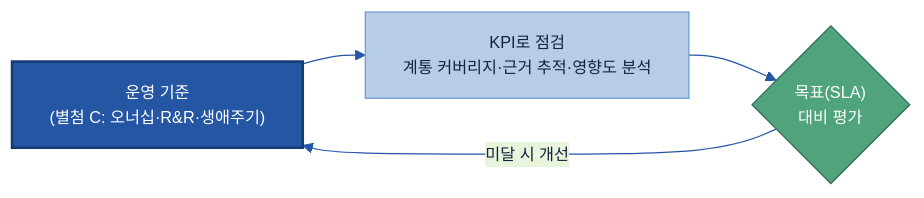
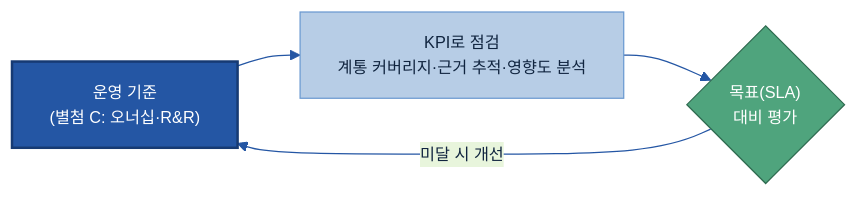
The fifth of 5 diagrams in 가이드 작성/C-3 데이터 계통 Lineage/C-3 데이터 계통 Lineage.md (jin-kearney/ai-ready-data-manual), drawn with Mermaid before and after one commit. The commit also changed other lines of this file and 3 other files, not shown here.

````diff
--- a/가이드 작성/C-3 데이터 계통 Lineage/C-3 데이터 계통 Lineage.md
+++ b/가이드 작성/C-3 데이터 계통 Lineage/C-3 데이터 계통 Lineage.md
@@ -420,11 +420,11 @@
 ```mermaid
 %%{init: {'theme':'base','themeVariables':{'primaryColor':'#DCE8F5','primaryBorderColor':'#2456A4','primaryTextColor':'#10243f','lineColor':'#2456A4','clusterBkg':'#EEF4FB','clusterBorder':'#6B9AD1','fontSize':'13px'}}}%%
 flowchart LR
-    STD["운영 기준<br/>(별첨 C: 오너십·R&R·생애주기)"]:::std
+    STD["운영 기준<br/>(별첨 C: 오너십·R&R)"]:::std
     K["KPI로 점검<br/>계통 커버리지·근거 추적·영향도 분석"]:::mid
     G{"목표(SLA)<br/>대비 평가"}:::gate
     STD --> K --> G -->|미달 시 개선| STD
     classDef std fill:#2456A4,color:#fff,stroke:#163a73,stroke-width:2px;
     classDef mid fill:#B7CDE6,stroke:#6B9AD1,color:#10243f;
     classDef gate fill:#4FA47D,stroke:#2f6b50,color:#fff;
 ```
````
